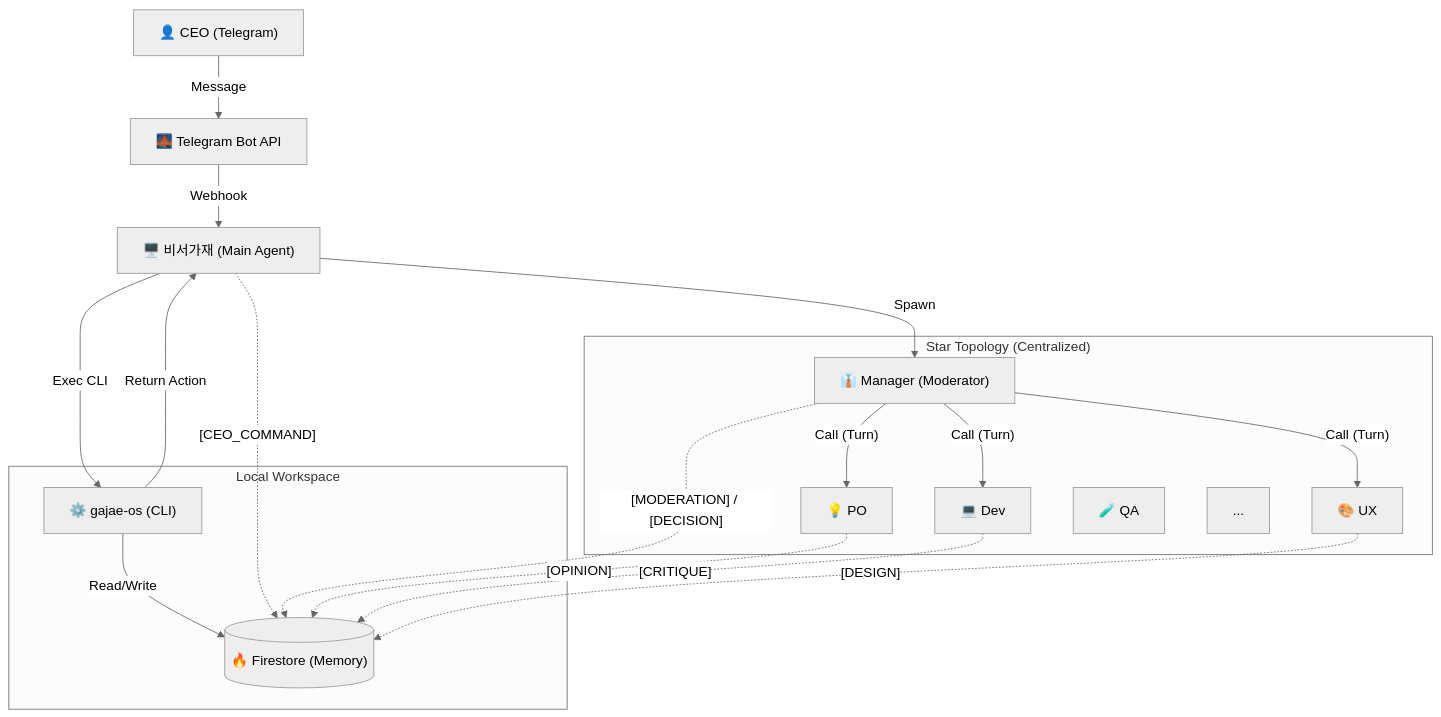
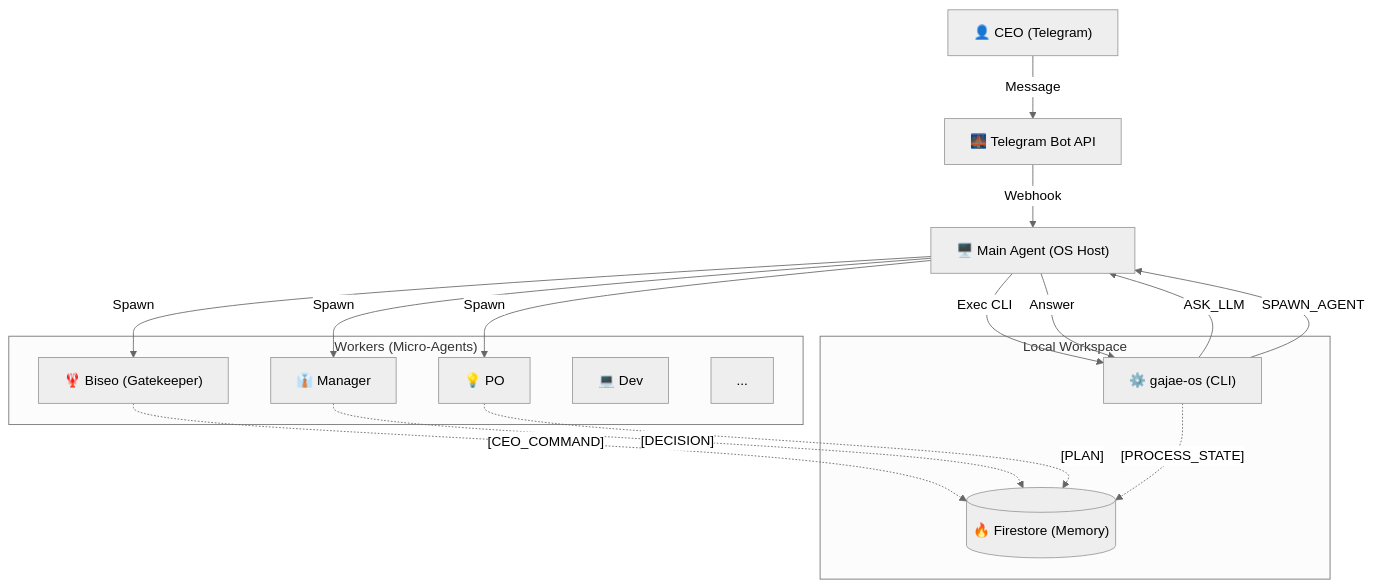
One commit to KyleL22/yuna-openclaw changed the first of 2 diagrams in docs/core/process/SYSTEM_DESIGN_V1_0.md. Above: the diagram before and after it, drawn with Mermaid (neutral theme). The commit also changed other lines of this file and 3 other files, not shown here.

Commit message:
Docs: Finalize System Design v14.2 (Main=OS Host, Biseo=Gatekeeper, LLM Delegation)

````diff
--- a/docs/core/process/SYSTEM_DESIGN_V1_0.md
+++ b/docs/core/process/SYSTEM_DESIGN_V1_0.md
@@ -13,35 +13,33 @@
 ```mermaid
 graph TD
     User["👤 CEO (Telegram)"] -->|Message| Bridge["🌉 Telegram Bot API"]
-    Bridge -->|Webhook| Main["🖥️ 비서가재 (Main Agent)"]
+    Bridge -->|Webhook| Main["🖥️ Main Agent (OS Host)"]
     
     subgraph "Local Workspace"
         OS["⚙️ gajae-os (CLI)"]
         DB[("🔥 Firestore (Memory)")]
     end
     
-    subgraph "Star Topology (Centralized)"
-        PM["👔 Manager (Moderator)"]
+    subgraph "Workers (Micro-Agents)"
+        Biseo["🦞 Biseo (Gatekeeper)"]
+        PM["👔 Manager"]
         PO["💡 PO"]
         DEV["💻 Dev"]
-        UX["🎨 UX"]
-        QA["🧪 QA"]
         ETC["..."]
     end
 
     Main -->|Exec CLI| OS
-    OS -->|Read/Write| DB
-    OS -- "Return Action" --> Main
+    OS -- "ASK_LLM" --> Main
+    Main -- "Answer" --> OS
+    OS -- "SPAWN_AGENT" --> Main
     
+    Main -- "Spawn" --> Biseo
     Main -- "Spawn" --> PM
-    PM -- "Call (Turn)" --> PO
-    PM -- "Call (Turn)" --> DEV
-    PM -- "Call (Turn)" --> UX
+    Main -- "Spawn" --> PO
     
     %% All agents write to DB
-    Main -.->|"[CEO_COMMAND]"| DB
-    PM -.->|"[MODERATION] / [DECISION]"| DB
-    PO -.->|"[OPINION]"| DB
-    DEV -.->|"[CRITIQUE]"| DB
-    UX -.->|"[DESIGN]"| DB
+    Biseo -.->|"[CEO_COMMAND]"| DB
+    PM -.->|"[DECISION]"| DB
+    PO -.->|"[PLAN]"| DB
+    OS -.->|"[PROCESS_STATE]"| DB
 ```
````
